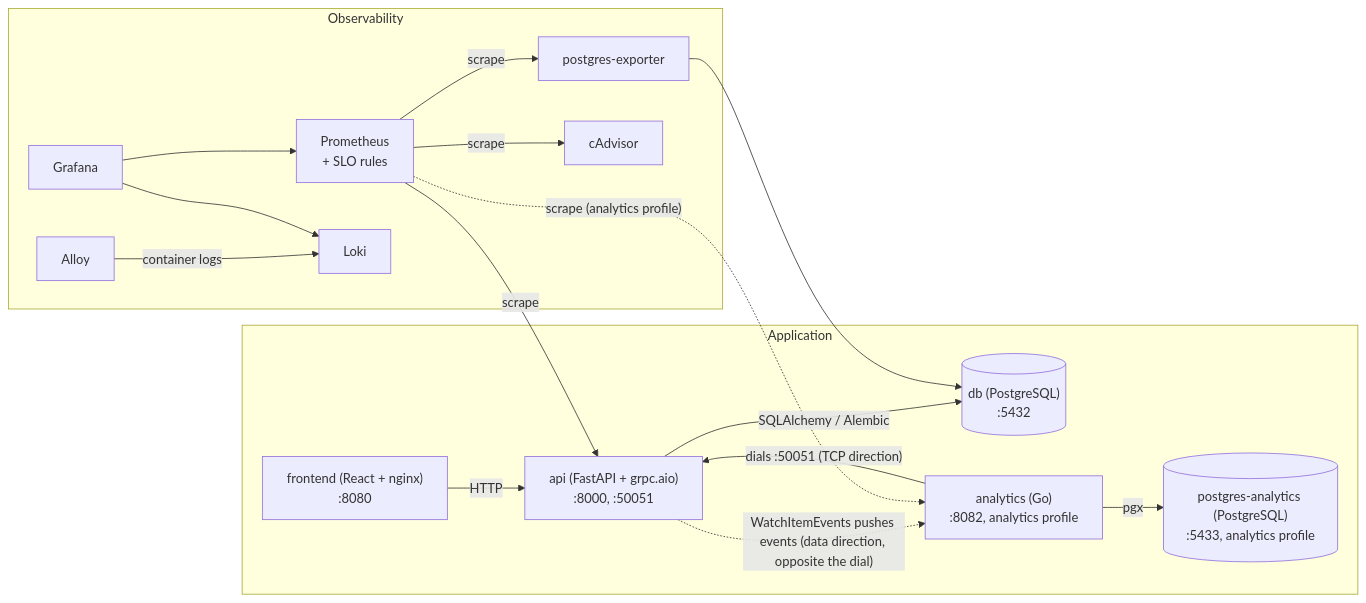
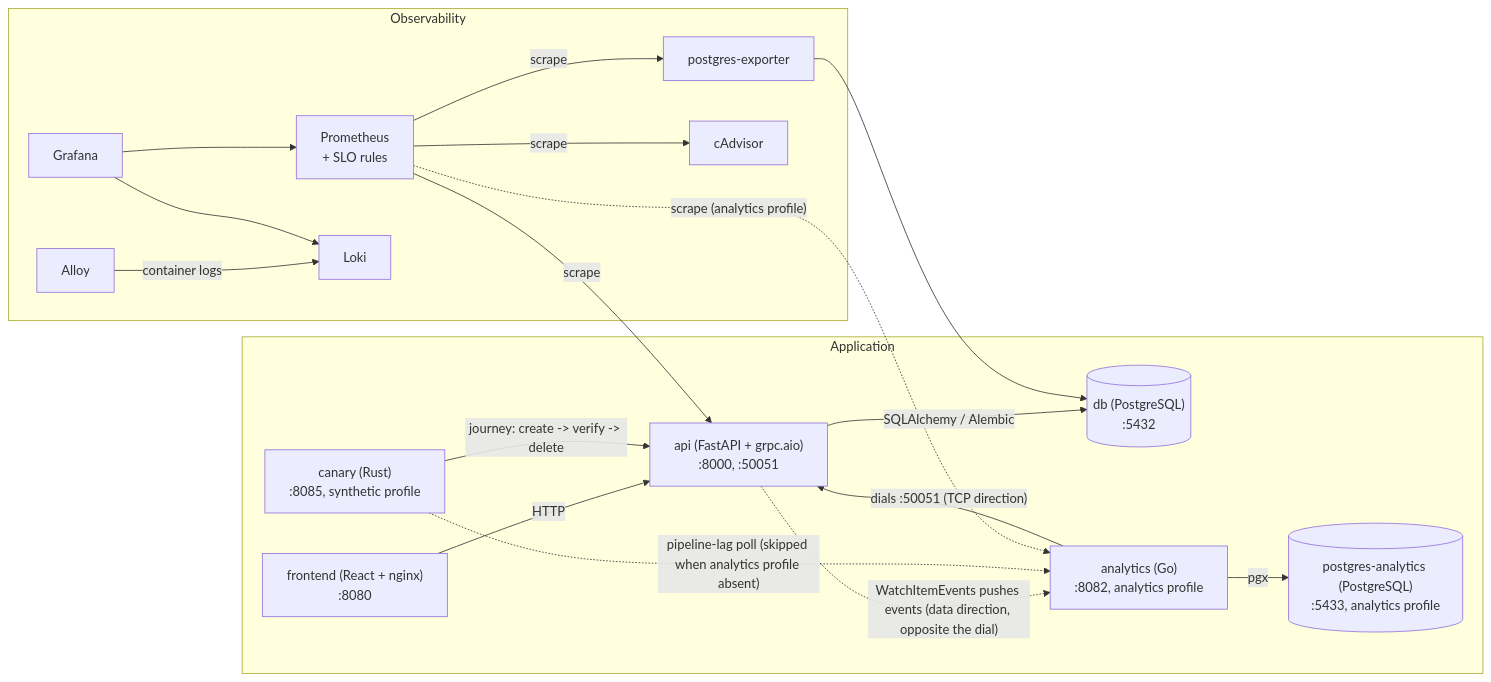
Before and after one commit to vovinacci/devops-demo: the diagram in docs/architecture.md, drawn with Mermaid. The commit also changed other lines of this file and 12 other files, not shown here.

First line of the commit message:
feat(canary): pipeline-lag step against analytics (#167)

````diff
--- a/docs/architecture.md
+++ b/docs/architecture.md
@@ -8,33 +8,36 @@
 ```mermaid
 flowchart LR
     subgraph app [Application]
         fe["frontend (React + nginx)<br/>:8080"]
         be["api (FastAPI + grpc.aio)<br/>:8000, :50051"]
         pg[("db (PostgreSQL)<br/>:5432")]
         an["analytics (Go)<br/>:8082, analytics profile"]
         pgA[("postgres-analytics (PostgreSQL)<br/>:5433, analytics profile")]
+        can["canary (Rust)<br/>:8085, synthetic profile"]
     end
 
     subgraph obs [Observability]
         pgx["postgres-exporter"]
         cad["cAdvisor"]
         prom["Prometheus<br/>+ SLO rules"]
         alloy["Alloy"]
         loki["Loki"]
         graf["Grafana"]
     end
 
     fe -->|HTTP| be
     be -->|SQLAlchemy / Alembic| pg
     pgx --> pg
     an -->|pgx| pgA
     an -->|"dials :50051 (TCP direction)"| be
     be -.->|"WatchItemEvents pushes events (data direction, opposite the dial)"| an
+    can -->|"journey: create -> verify -> delete"| be
+    can -.->|"pipeline-lag poll (skipped when analytics profile absent)"| an
     prom -->|scrape| be
     prom -->|scrape| pgx
     prom -->|scrape| cad
     prom -.->|"scrape (analytics profile)"| an
     alloy -->|container logs| loki
     graf --> prom
     graf --> loki
 ```
````
